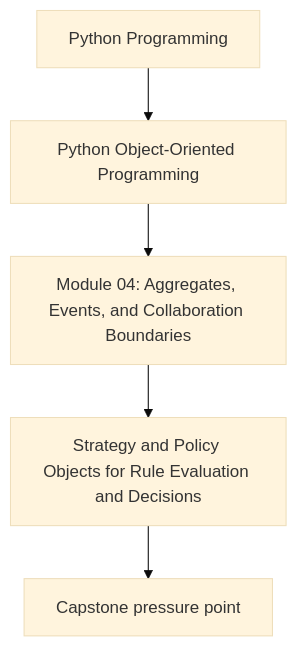
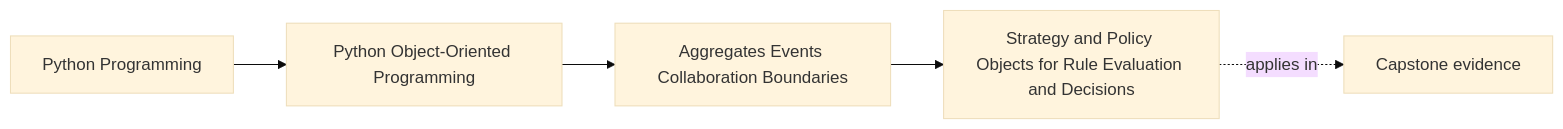
One commit to bijux/bijux-masterclass changed the first of 2 diagrams in programs/python-programming/python-object-oriented-programming/course-book/module-04-aggregates-events-collaboration-boundaries/strategy-and-policy-objects.md. Above: the diagram before and after it, drawn with Mermaid (base theme). The commit also changed other lines of this file and 65 other files, not shown here.

Commit message:
docs(python-object-oriented-programming): map object model and design foundations

````diff
--- a/programs/python-programming/python-object-oriented-programming/course-book/module-04-aggregates-events-collaboration-boundaries/strategy-and-policy-objects.md
+++ b/programs/python-programming/python-object-oriented-programming/course-book/module-04-aggregates-events-collaboration-boundaries/strategy-and-policy-objects.md
@@ -7,7 +7,11 @@
 ```mermaid
-flowchart TD
-  family["Python Programming"] --> program["Python Object-Oriented Programming"]
-  program --> module["Module 04: Aggregates, Events, and Collaboration Boundaries"]
-  module --> concept["Strategy and Policy Objects for Rule Evaluation and Decisions"]
-  concept --> capstone["Capstone pressure point"]
+graph LR
+  family["Python Programming"]
+  program["Python Object-Oriented Programming"]
+  section["Aggregates Events Collaboration Boundaries"]
+  page["Strategy and Policy Objects for Rule Evaluation and Decisions"]
+  capstone["Capstone evidence"]
+
+  family --> program --> section --> page
+  page -.applies in.-> capstone
 ```
````
